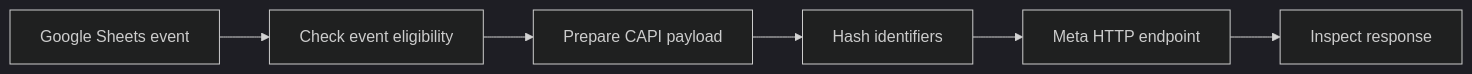
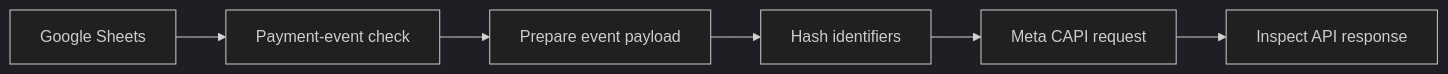
Before and after one commit to graceomolola001-cmyk/meta-conversions-event-routing: the diagram in README.md, drawn with Mermaid (dark theme). The commit also changed other lines of this file, not shown here.

````diff
--- a/README.md
+++ b/README.md
@@ -13,8 +29,8 @@
 ```mermaid
 flowchart LR
- A[Google Sheets event] --> B[Check event eligibility]
- B --> C[Prepare CAPI payload]
- C --> D[Hash identifiers]
- D --> E[Meta HTTP endpoint]
- E --> F[Inspect response]
+    A[Google Sheets] --> B[Payment-event check]
+    B --> C[Prepare event payload]
+    C --> D[Hash identifiers]
+    D --> E[Meta CAPI request]
+    E --> F[Inspect API response]
 ```
````
